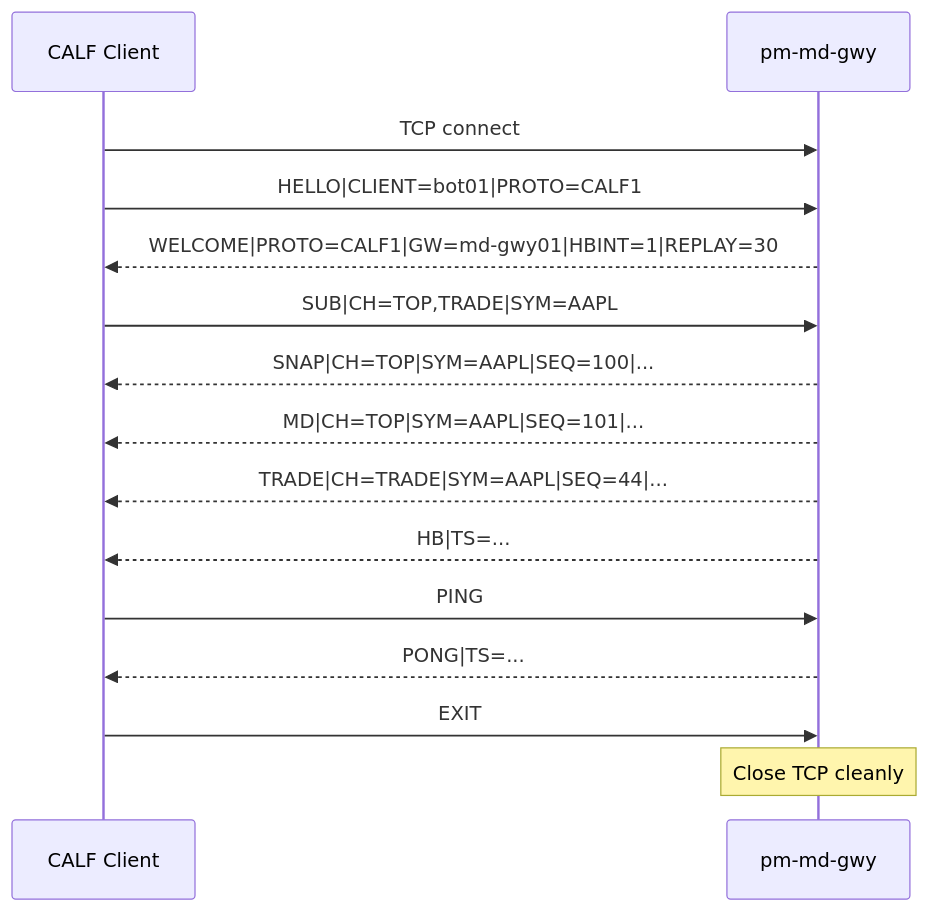
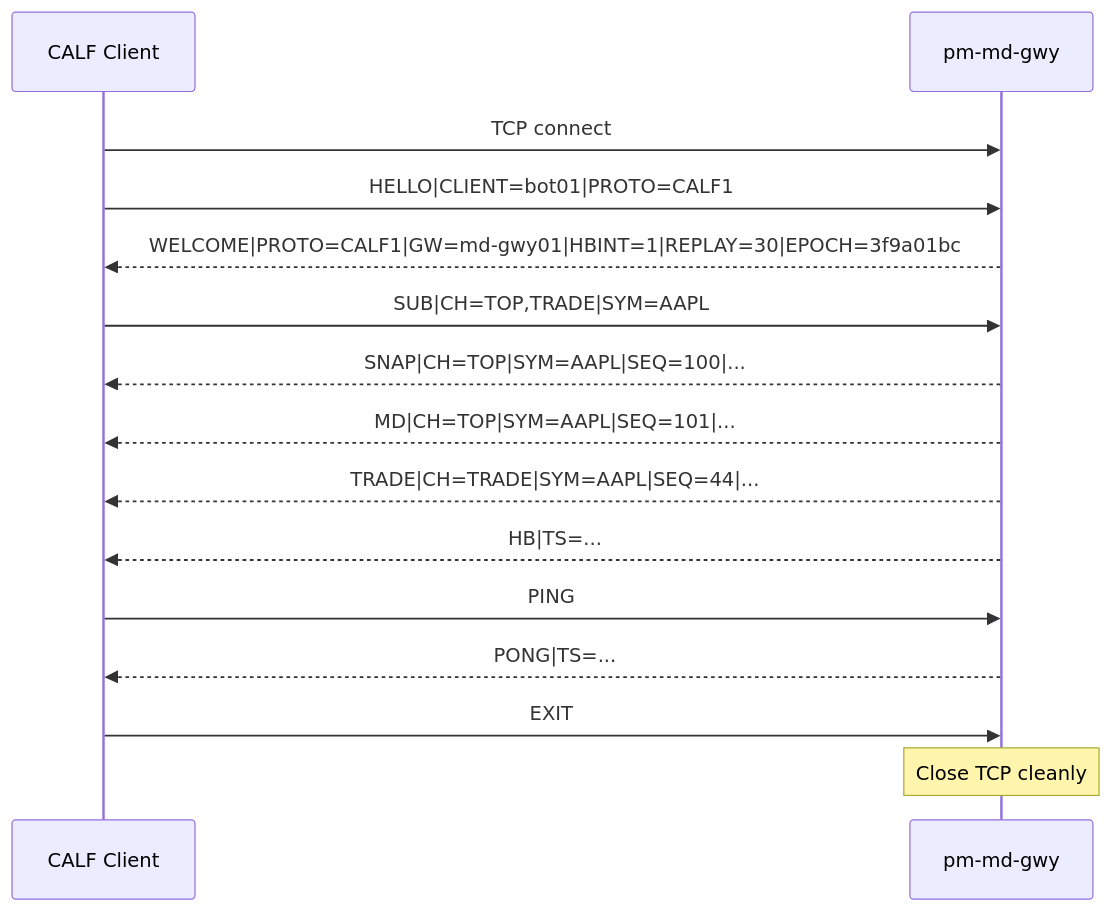
Before and after one commit to johan162/EduMatcher: the fourth of 4 diagrams in docs/books/protocols-and-clients/part-2-specifications/030-calf.md, drawn with Mermaid. The commit also changed other lines of this file and 46 other files, not shown here.

Commit message:
fix(md-gwy): epoch-checked RESUME, engine resync, bus-gap metric, indexed fan-out, ndex subscriptions by stream: 1.3 ms -> 17 us per event at 64x600

````diff
--- a/docs/books/protocols-and-clients/part-2-specifications/030-calf.md
+++ b/docs/books/protocols-and-clients/part-2-specifications/030-calf.md
@@ -1278,21 +1311,21 @@
 ```mermaid
 sequenceDiagram
     participant C as CALF Client
     participant G as pm-md-gwy
 
     C->>G: TCP connect
     C->>G: HELLO|CLIENT=bot01|PROTO=CALF1
-    G-->>C: WELCOME|PROTO=CALF1|GW=md-gwy01|HBINT=1|REPLAY=30
+    G-->>C: WELCOME|PROTO=CALF1|GW=md-gwy01|HBINT=1|REPLAY=30|EPOCH=3f9a01bc
 
     C->>G: SUB|CH=TOP,TRADE|SYM=AAPL
     G-->>C: SNAP|CH=TOP|SYM=AAPL|SEQ=100|...
     G-->>C: MD|CH=TOP|SYM=AAPL|SEQ=101|...
     G-->>C: TRADE|CH=TRADE|SYM=AAPL|SEQ=44|...
 
     G-->>C: HB|TS=...
     C->>G: PING
     G-->>C: PONG|TS=...
 
     C->>G: EXIT
     Note over G: Close TCP cleanly
 ```
````
